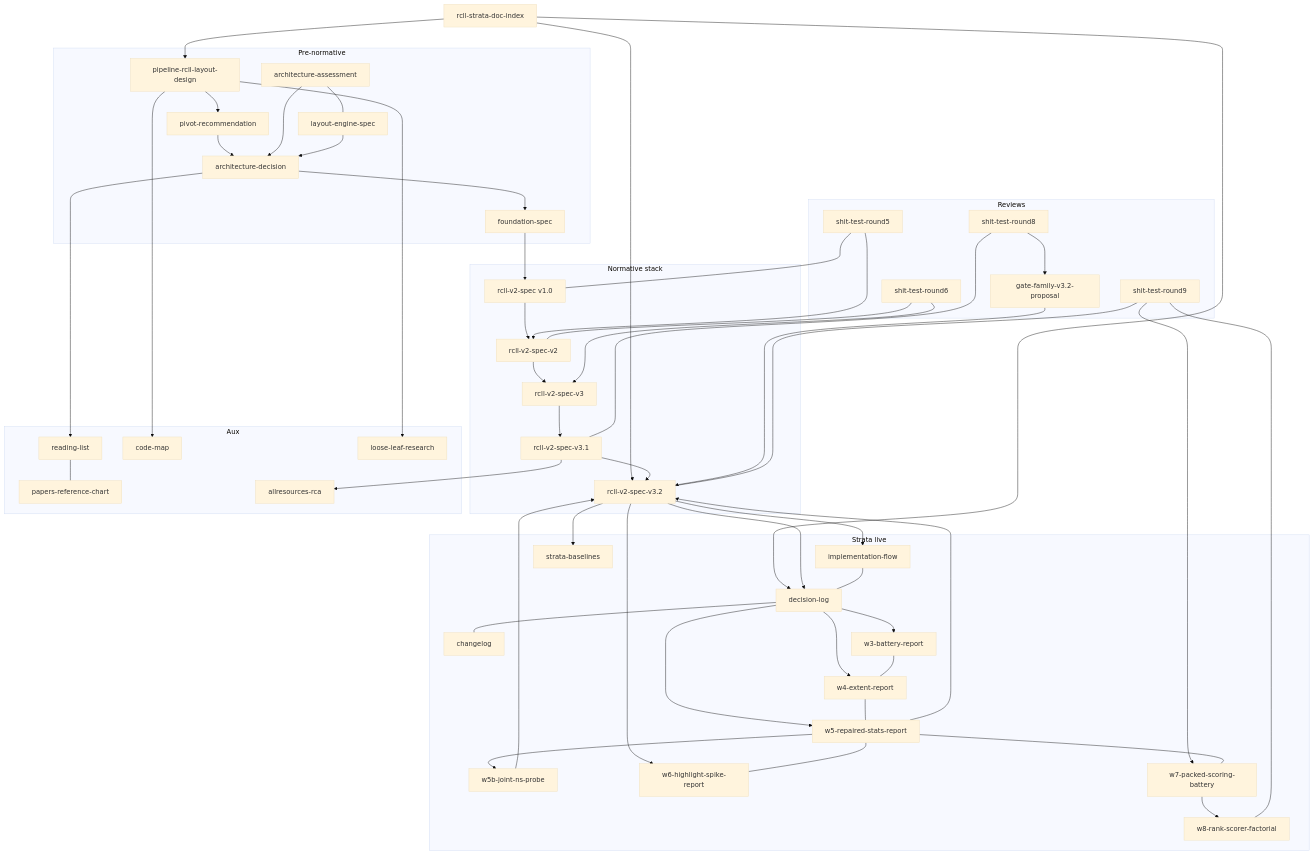
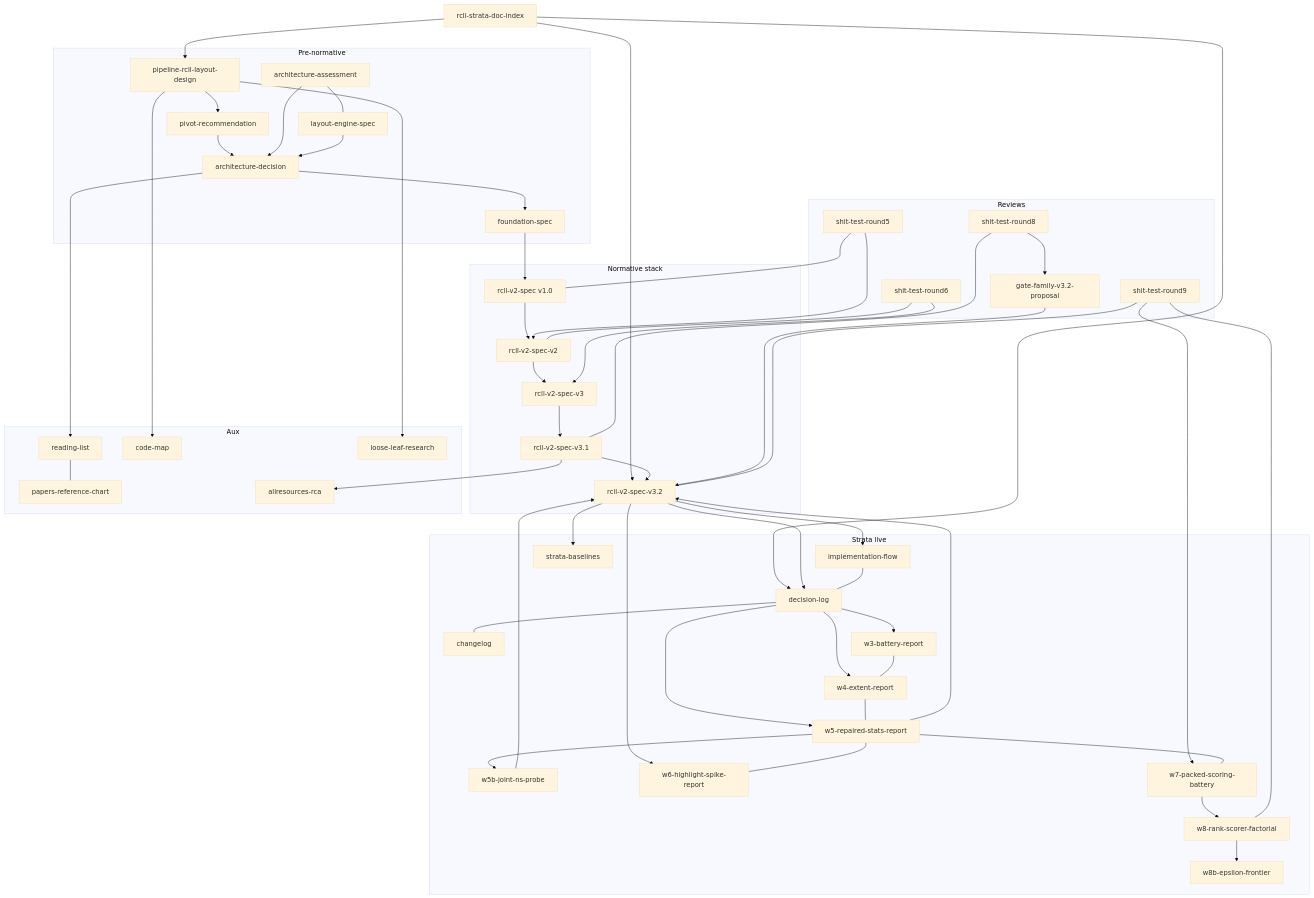
Before and after one commit to TusharSariya/excalidraw-tf: the diagram in docs/rcll-strata-doc-index.md, drawn with Mermaid (base theme). The commit also changed other lines of this file and 22 other files, not shown here.

```diff
--- a/docs/rcll-strata-doc-index.md
+++ b/docs/rcll-strata-doc-index.md
@@ -133,6 +134,7 @@
     W6[w6-highlight-spike-report]
     W7[w7-packed-scoring-battery]
     W8[w8-rank-scorer-factorial]
+    W8b[w8b-epsilon-frontier]
     Base[strata-baselines]
   end
 
@@ -184,6 +186,7 @@
   W5 --- W7
   W7 --> W8
   R9 --- W8
+  W8 --> W8b
   W3 --- W4
   W4 --- W5
   V32 --> Base
```
